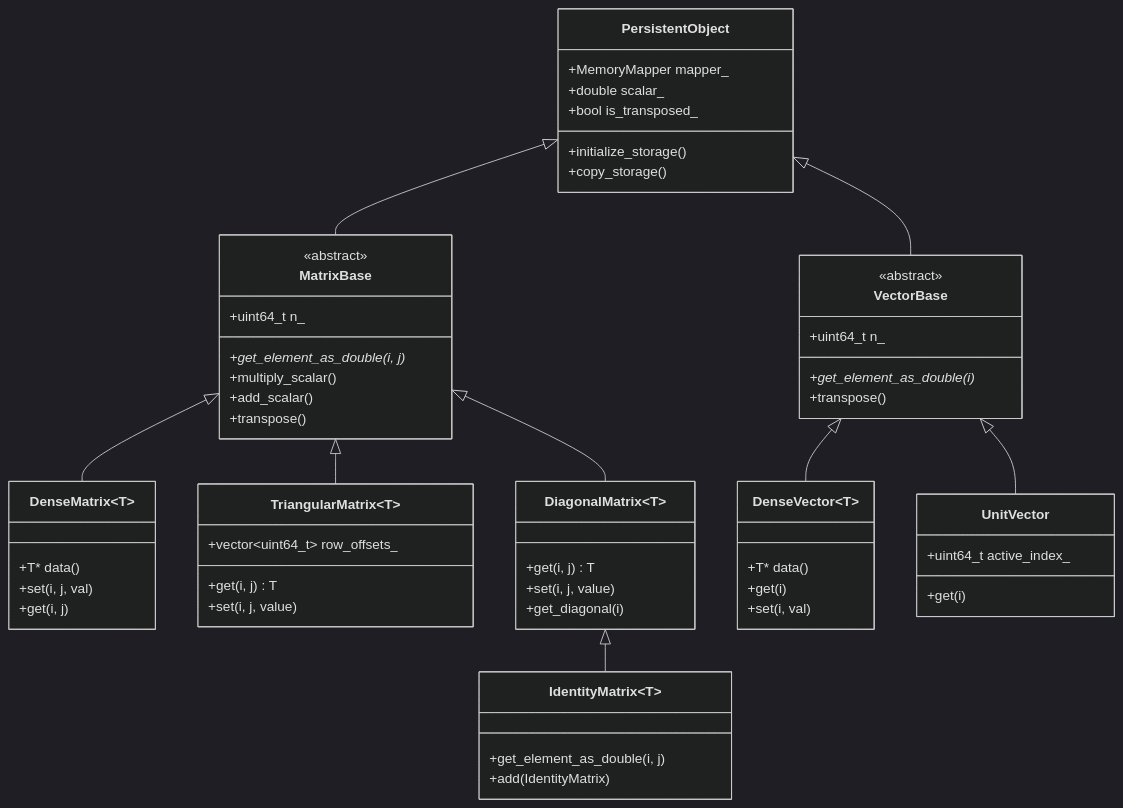
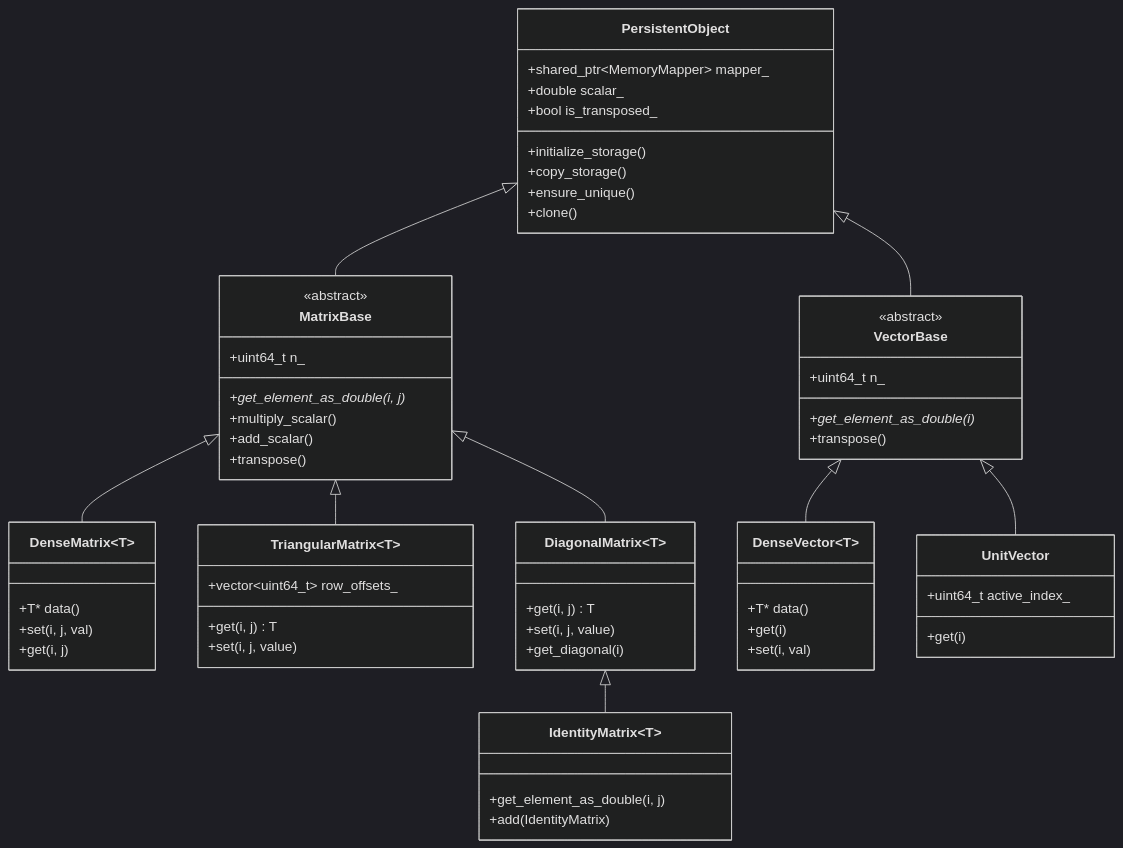
The diagram in documentation/internals/Memory and Data.md (BrorH/pycauset), drawn with Mermaid (dark theme) before and after one commit. The commit also changed other lines of this file and 57 other files, not shown here.

````diff
--- a/documentation/internals/Memory and Data.md
+++ b/documentation/internals/Memory and Data.md
@@ -66,69 +66,71 @@
 ```mermaid
 classDiagram
     class PersistentObject {
-        +MemoryMapper mapper_
+        +shared_ptr~MemoryMapper~ mapper_
         +double scalar_
         +bool is_transposed_
         +initialize_storage()
         +copy_storage()
+        +ensure_unique()
+        +clone()
     }
     
     class MatrixBase {
         <<abstract>>
         +uint64_t n_
         +get_element_as_double(i, j)*
         +multiply_scalar()
         +add_scalar()
         +transpose()
     }
 
     class VectorBase {
         <<abstract>>
         +uint64_t n_
         +get_element_as_double(i)*
         +transpose()
     }
     
     class DenseMatrix~T~ {
         +T* data()
         +set(i, j, val)
         +get(i, j)
     }
     
     class TriangularMatrix~T~ {
         +vector~uint64_t~ row_offsets_
         +get(i, j) T
         +set(i, j, value)
     }
 
     class DiagonalMatrix~T~ {
         +get(i, j) T
         +set(i, j, value)
         +get_diagonal(i)
     }
 
     class IdentityMatrix~T~ {
         +get_element_as_double(i, j)
         +add(IdentityMatrix)
     }
 
     class DenseVector~T~ {
         +T* data()
         +get(i)
         +set(i, val)
     }
 
     class UnitVector {
         +uint64_t active_index_
         +get(i)
     }
 
     PersistentObject <|-- MatrixBase
     PersistentObject <|-- VectorBase
     MatrixBase <|-- DenseMatrix
     MatrixBase <|-- TriangularMatrix
     MatrixBase <|-- DiagonalMatrix
     DiagonalMatrix <|-- IdentityMatrix
     VectorBase <|-- DenseVector
     VectorBase <|-- UnitVector
 ```
````
